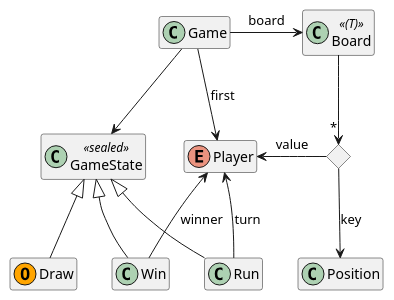
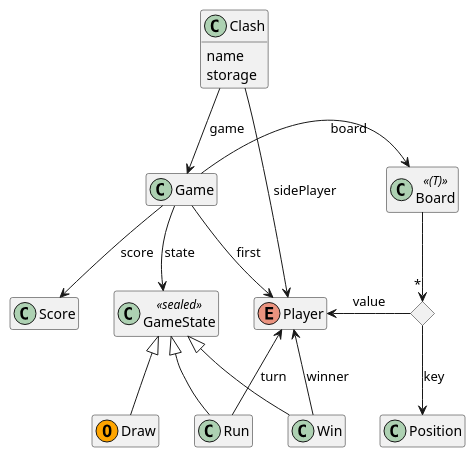
The diagram in Galo/src/ModelTypes.puml (isel-leic-tds/2526i.31d), drawn with PlantUML before and after one commit. The commit also changed 7 other files, not shown here.

```diff
--- a/Galo/src/ModelTypes.puml
+++ b/Galo/src/ModelTypes.puml
@@ -1,29 +1,39 @@
 @startuml
 'https://plantuml.com/class-diagram
 
 hide empty members
 
 class Game {
 }
 enum Player
 
 Game --> Player : first
 Game -> Board : board
 
 class Board <<(T)>>
 <> MapEntry
 Board --> "*" MapEntry
 Player <- MapEntry : value
 MapEntry --> Position : key
 
 class GameState <<sealed>>
-Game --> GameState
+Game --> GameState : state
 GameState <|-- Draw
 GameState <|-- Run
 GameState <|-- Win
 
 class Draw <<(O,orange)>>
 Player <-- Run : turn
 Player <-- Win : winner
 
+Game --> Score : score
+
+Clash --> Game : game
+class Clash {
+  name
+  storage
+}
+Clash --> Player : sidePlayer
+
+
 @enduml
```
